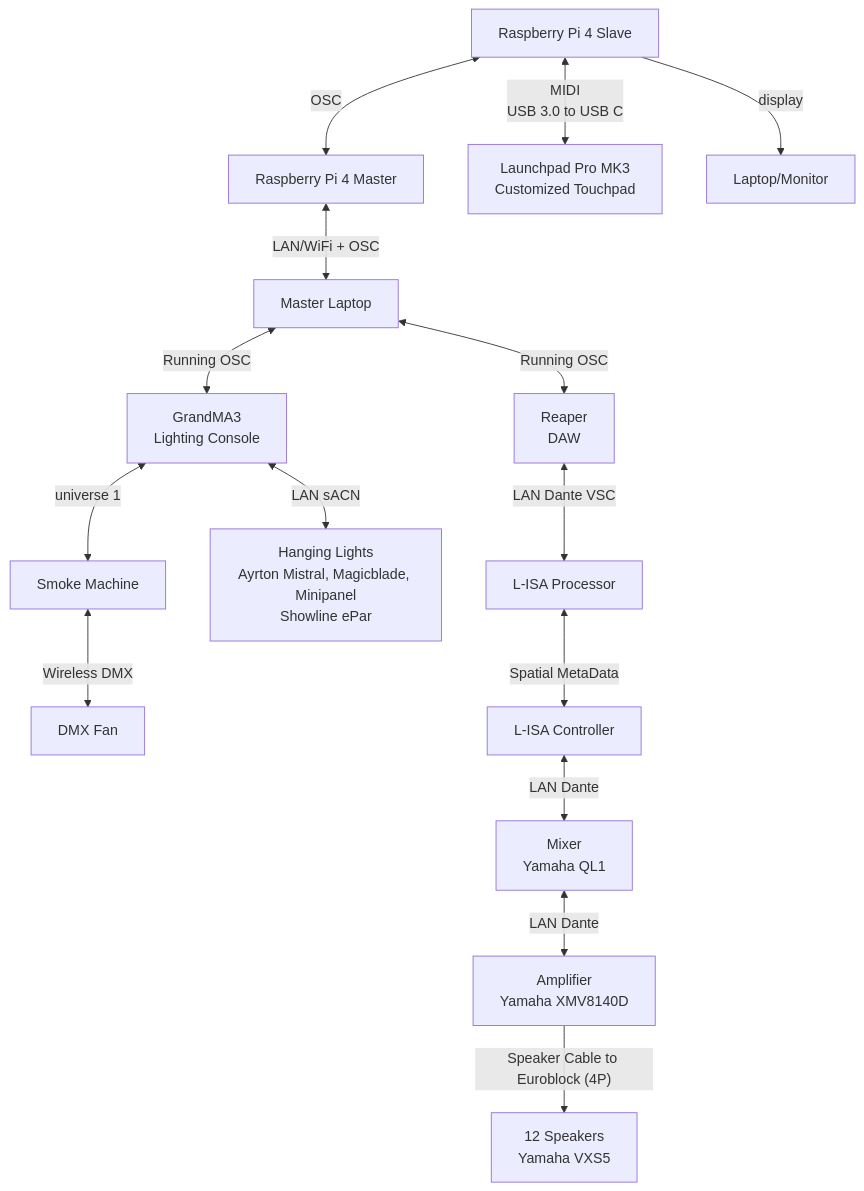
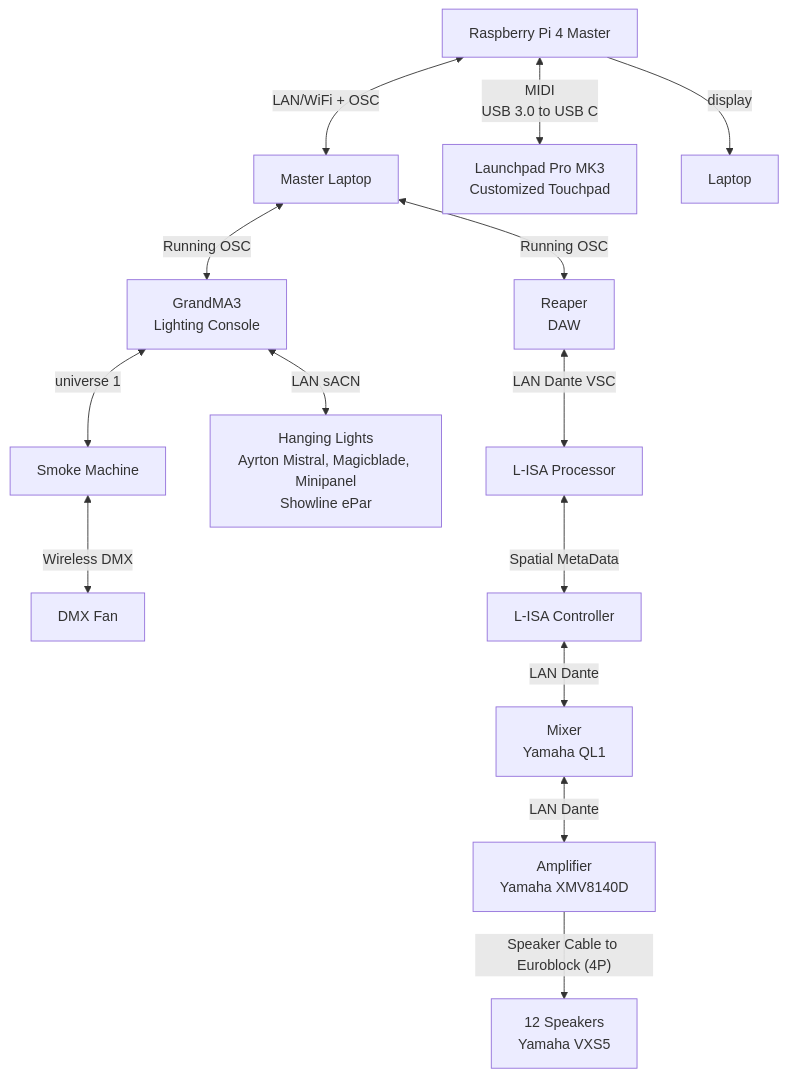
One commit to uselesskcid/EGL314-Project-S.O.N.I.C-Team-C- changed the diagram in Documentation/SystemDiagram.md. Above: the diagram before and after it, drawn with Mermaid.

````diff
--- a/Documentation/SystemDiagram.md
+++ b/Documentation/SystemDiagram.md
@@ -2,22 +2,20 @@
 ```mermaid
 graph TD
 A[Raspberry Pi 4 Master] <--LAN/WiFi + OSC --> B[Master Laptop]
+A <--MIDI<br>USB 3.0 to USB C--> K[Launchpad Pro MK3<br>Customized Touchpad] 
+A --display--> O[Laptop]
 
 B <--Running OSC--> C[Reaper DAW]
 B <--Running OSC--> D[GrandMA3<br>Lighting Console]
 
 C[Reaper<br>DAW] <--LAN Dante VSC --> F[L-ISA Processor]
 
 D <--LAN sACN--> E[Hanging Lights<br>Ayrton Mistral, Magicblade, Minipanel<br>Showline ePar]
 D <--universe 1--> M[Smoke Machine]
 M <--Wireless DMX--> N[DMX Fan]
 
 F <--Spatial MetaData--> G[L-ISA Controller]
 G <--LAN Dante--> H[Mixer<br>Yamaha QL1]
 H <--LAN Dante--> I[Amplifier<br>Yamaha XMV8140D]
 I --Speaker Cable to Euroblock (4P)--> J[12 Speakers<br>Yamaha VXS5]
-
-L[Raspberry Pi 4 Slave] <--MIDI<br>USB 3.0 to USB C--> K[Launchpad Pro MK3<br>Customized Touchpad] 
-L --display--> O[Laptop/Monitor]
-L <--OSC--> A 
 ```
````
